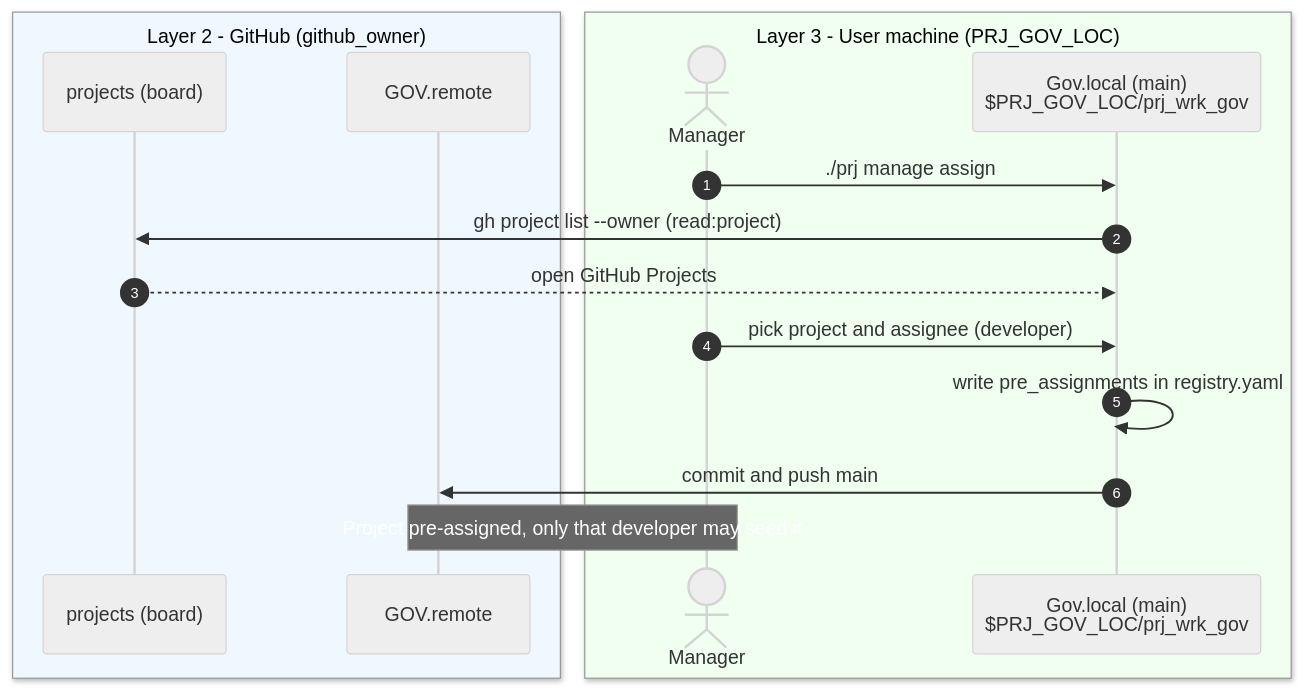
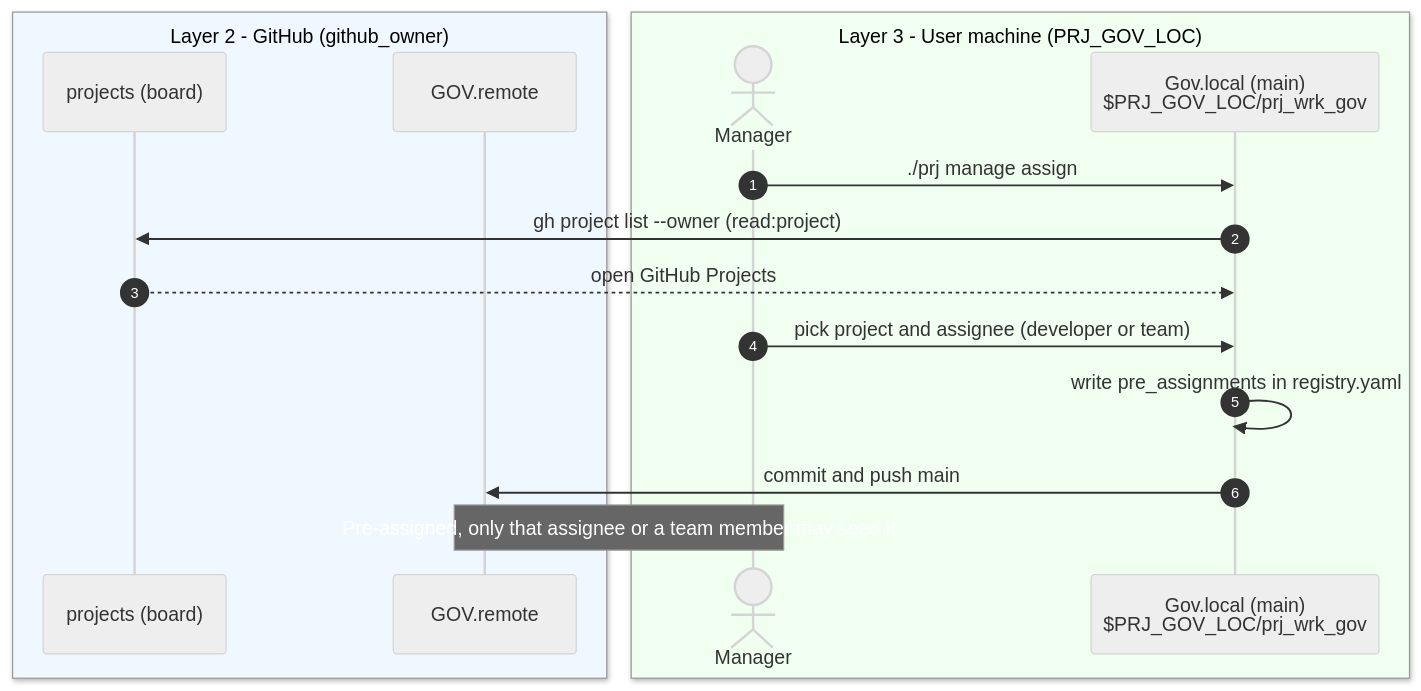
The third of 20 diagrams in docs/design/option-2-sequence-diagrams.md (svayam-opensource/governed-agentic-dev-framework), drawn with Mermaid (neutral theme) before and after one commit. The commit also changed other lines of this file and 6 other files, not shown here.

````diff
--- a/docs/design/option-2-sequence-diagrams.md
+++ b/docs/design/option-2-sequence-diagrams.md
@@ -181,20 +207,20 @@
 ```mermaid
 sequenceDiagram
     autonumber
     box AliceBlue Layer 2 - GitHub (github_owner)
         participant Board as projects (board)
         participant RG as GOV.remote
     end
     box Honeydew Layer 3 - User machine (PRJ_GOV_LOC)
         actor Mgr as Manager
         participant GL as Gov.local (main)<br/>$PRJ_GOV_LOC/prj_wrk_gov
     end
 
     Mgr->>GL: ./prj manage assign
     GL->>Board: gh project list --owner (read:project)
     Board-->>GL: open GitHub Projects
-    Mgr->>GL: pick project and assignee (developer)
+    Mgr->>GL: pick project and assignee (developer or team)
     GL->>GL: write pre_assignments in registry.yaml
     GL->>RG: commit and push main
-    Note over Mgr,RG: Project pre-assigned, only that developer may seed it
+    Note over Mgr,RG: Pre-assigned, only that assignee or a team member may seed it
 ```
````
